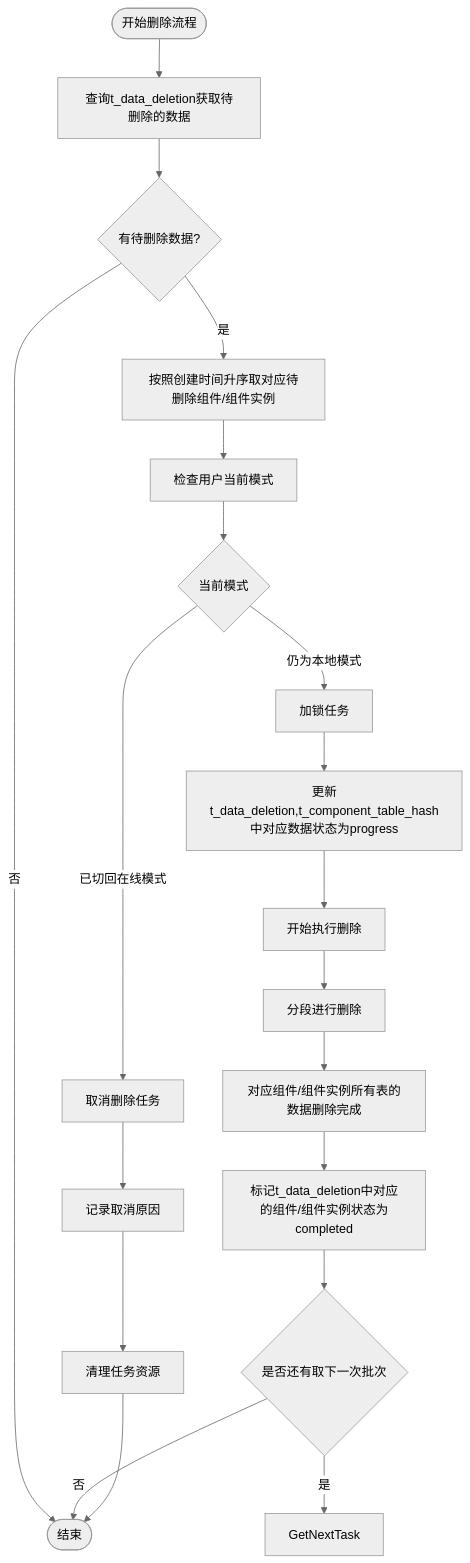
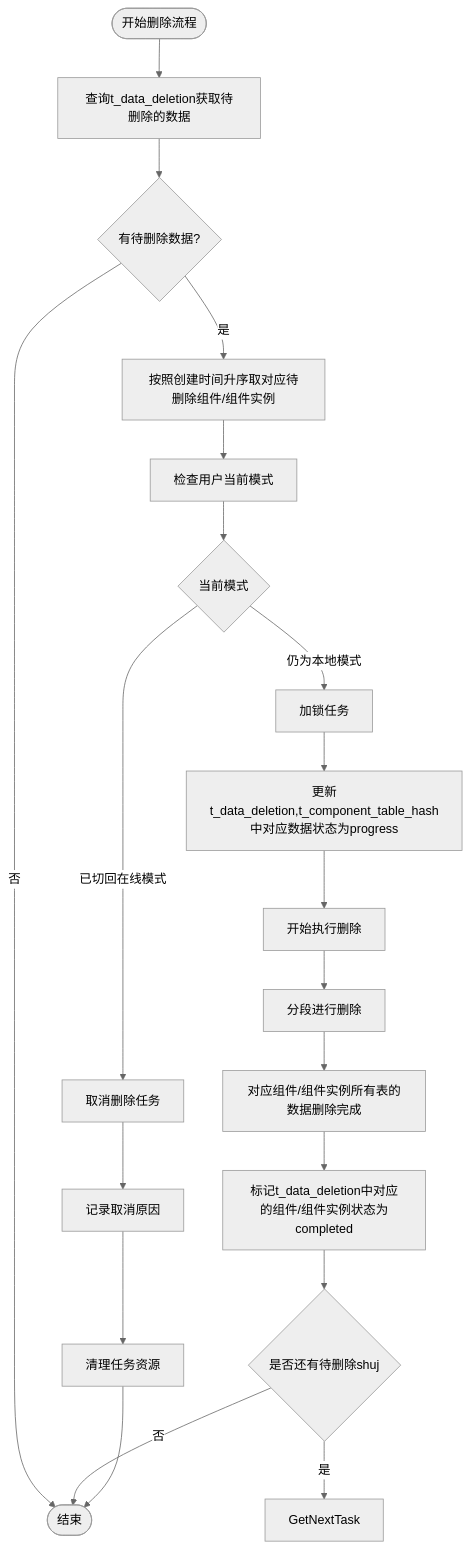
The diagram in all/未命名-51.md (yingjianzh/iodraw-files), drawn with Mermaid (neutral theme) before and after one commit.

Commit message:
2025-05-08 15:36:25 update

````diff
--- a/all/未命名-51.md
+++ b/all/未命名-51.md
@@ -1,31 +1,31 @@
 ```mermaid
 flowchart TD
     Start([开始删除流程]) --> FetchTasks[查询t_data_deletion获取待删除的数据]
     FetchTasks --> HasTasks{有待删除数据?}
     
     HasTasks -->|否| End([结束])
     HasTasks -->|是| PrioritizeTasks[按照创建时间升序取对应待删除组件/组件实例]
     
     PrioritizeTasks --> CheckUserMode[检查用户当前模式]
     
     CheckUserMode --> CurrentMode{当前模式}
     CurrentMode -->|已切回在线模式| TaskCancel[取消删除任务]
     CurrentMode -->|仍为本地模式| LockTask[加锁任务]
     
     LockTask --> UpdateStatus[更新t_data_deletion,t_component_table_hash中对应数据状态为progress]
     UpdateStatus --> BeginDeletion[开始执行删除]
     
     BeginDeletion --> A[分段进行删除]
     
     A --> B[对应组件/组件实例所有表的数据删除完成]
     B --> MarkCompleted[标记t_data_deletion中对应的组件/组件实例状态为completed]
     
     TaskCancel --> LogCancellation[记录取消原因]
     LogCancellation --> CleanupTask[清理任务资源]
     
-    MarkCompleted --> CheckMoreTasks{是否还有取下一次批次}
+    MarkCompleted --> CheckMoreTasks{是否还有待删除shuj }
     CheckMoreTasks -->|是| GetNextTask
     CheckMoreTasks -->|否| End
     
     CleanupTask --> End
 ```
````
